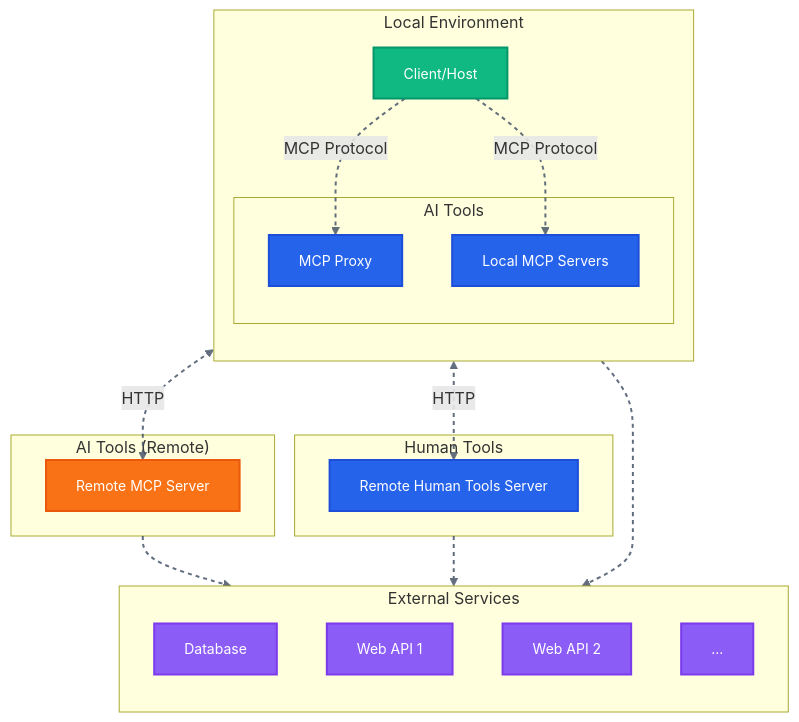
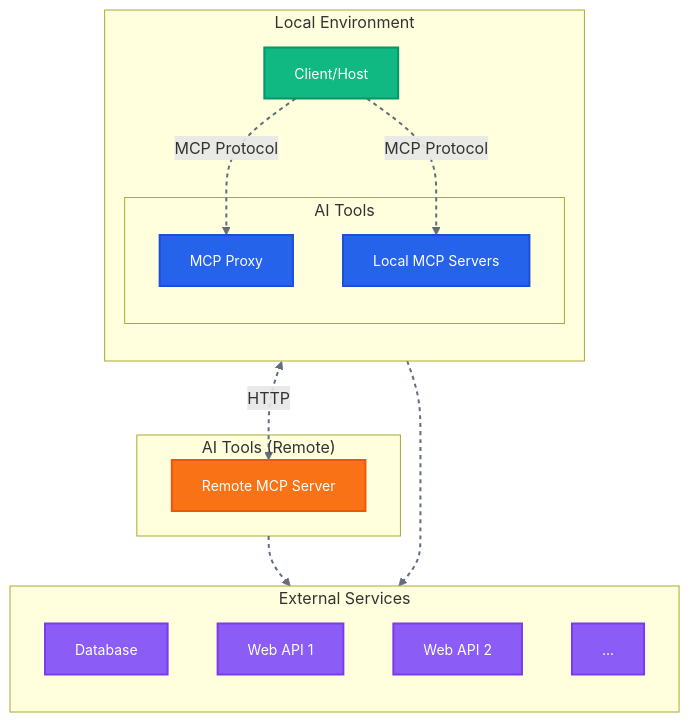
The diagram in README.md (simplaix/simplaix), drawn with Mermaid before and after one commit.

Commit message:
Refactor README: Remove the Human Tools subgraph for clarity in architecture diagram

````diff
--- a/README.md
+++ b/README.md
@@ -56,52 +56,52 @@
 ```mermaid
 graph TD
     %% Enhanced Modern Styling with better contrast
     classDef client fill:#10b981,stroke:#059669,stroke-width:2px,color:#ffffff,font-size:14px
     classDef gateway fill:#3b82f6,stroke:#2563eb,stroke-width:2px,color:#ffffff,font-size:14px
     classDef backend fill:#f97316,stroke:#ea580c,stroke-width:2px,color:#ffffff,font-size:14px
     classDef resource fill:#8b5cf6,stroke:#7c3aed,stroke-width:2px,color:#ffffff,font-size:14px
     classDef server fill:#2563eb,stroke:#1d4ed8,stroke-width:2px,color:#ffffff,font-size:14px
 
     linkStyle default stroke:#475569,stroke-width:2px,stroke-dasharray: 4 4,opacity:0.85
 
     %% Define graph direction
     direction LR
 
     %% Client/Host
     D[Client/Host]:::client
 
     %% Local Environment
     subgraph Local["Local Environment"]
         direction TB
         D -->|"MCP Protocol"| E["MCP Proxy"]:::server
         D -->|"MCP Protocol"| E2["Local MCP Servers"]:::server
 
         subgraph AITools["AI Tools"]
             E2
             E
         end
     end
 
     %% Remote Server
 
     subgraph AIToolsRemote["AI Tools (Remote)"]
         E <-->|"HTTP"| F["Remote MCP Server"]:::backend
     end
-    subgraph HumanTools["Human Tools"]
-        D <-->|"HTTP"| F2["Remote Human Tools Server"]:::server
-    end
+    %% subgraph HumanTools["Human Tools"]
+    %%     D <-->|"HTTP"| F2["Remote Human Tools Server"]:::server
+    %% end
 
     %% Arrange Resources Equally
     subgraph Resources["External Services"]
         direction TB
         G1[Database]:::resource
         G2["Web API 1"]:::resource
         G3["Web API 2"]:::resource
         ...:::resource
     end
     %% Resources
     AIToolsRemote --> Resources
     E2 --> Resources
-    HumanTools --> Resources
+    %% HumanTools --> Resources
 
 ```
````
